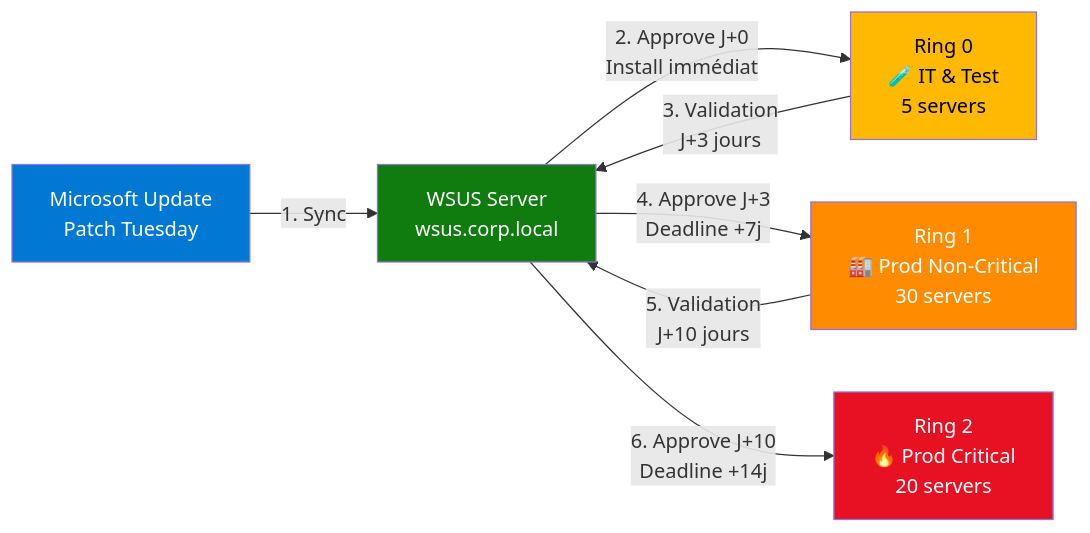
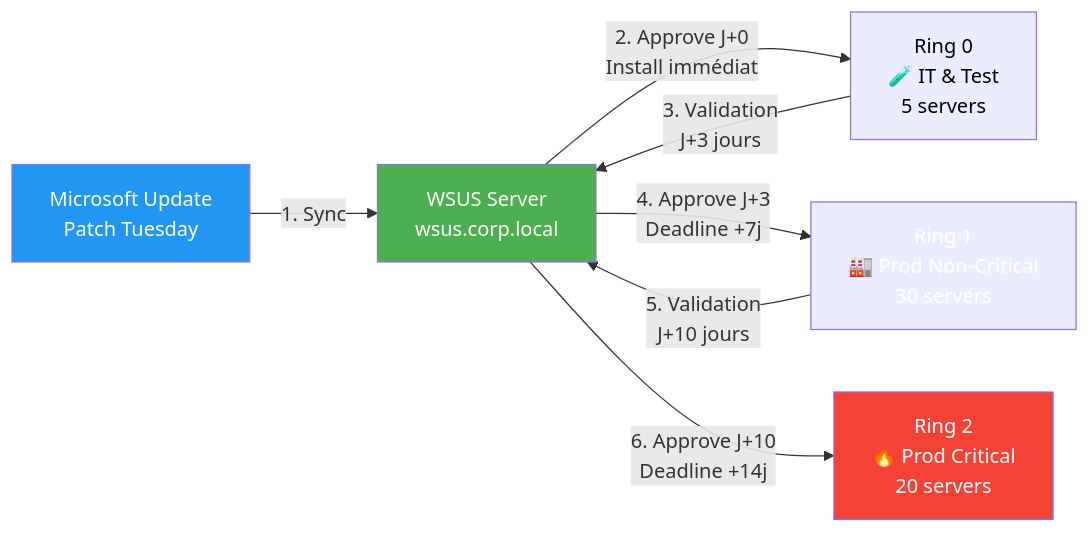
Before and after one commit to VBlackJack/ShellBook: the diagram in docs/formations/windows-patching/02-module.md, drawn with Mermaid. The commit also changed other lines of this file and 337 other files, not shown here.

First line of the commit message:
refactor(docs): Standardize code blocks and Mermaid colors

````diff
--- a/docs/formations/windows-patching/02-module.md
+++ b/docs/formations/windows-patching/02-module.md
@@ -51,21 +51,21 @@
 ```mermaid
 flowchart LR
     MS[Microsoft Update<br/>Patch Tuesday]
     WSUS[WSUS Server<br/>wsus.corp.local]
     R0[Ring 0<br/>🧪 IT & Test<br/>5 servers]
     R1[Ring 1<br/>🏭 Prod Non-Critical<br/>30 servers]
     R2[Ring 2<br/>🔥 Prod Critical<br/>20 servers]
 
     MS -->|1. Sync| WSUS
     WSUS -->|2. Approve J+0<br/>Install immédiat| R0
     R0 -->|3. Validation<br/>J+3 jours| WSUS
     WSUS -->|4. Approve J+3<br/>Deadline +7j| R1
     R1 -->|5. Validation<br/>J+10 jours| WSUS
     WSUS -->|6. Approve J+10<br/>Deadline +14j| R2
 
-    style MS fill:#0078D4,color:#fff
-    style WSUS fill:#107C10,color:#fff
-    style R0 fill:#FFB900,color:#000
-    style R1 fill:#FF8C00,color:#fff
-    style R2 fill:#E81123,color:#fff
+    style MS fill:#2196F3,color:#fff
+    style WSUS fill:#4CAF50,color:#fff
+    style R0 fill:#FF9800800800,color:#000
+    style R1 fill:#FF9800800800,color:#fff
+    style R2 fill:#f44336,color:#fff
 ```
````
